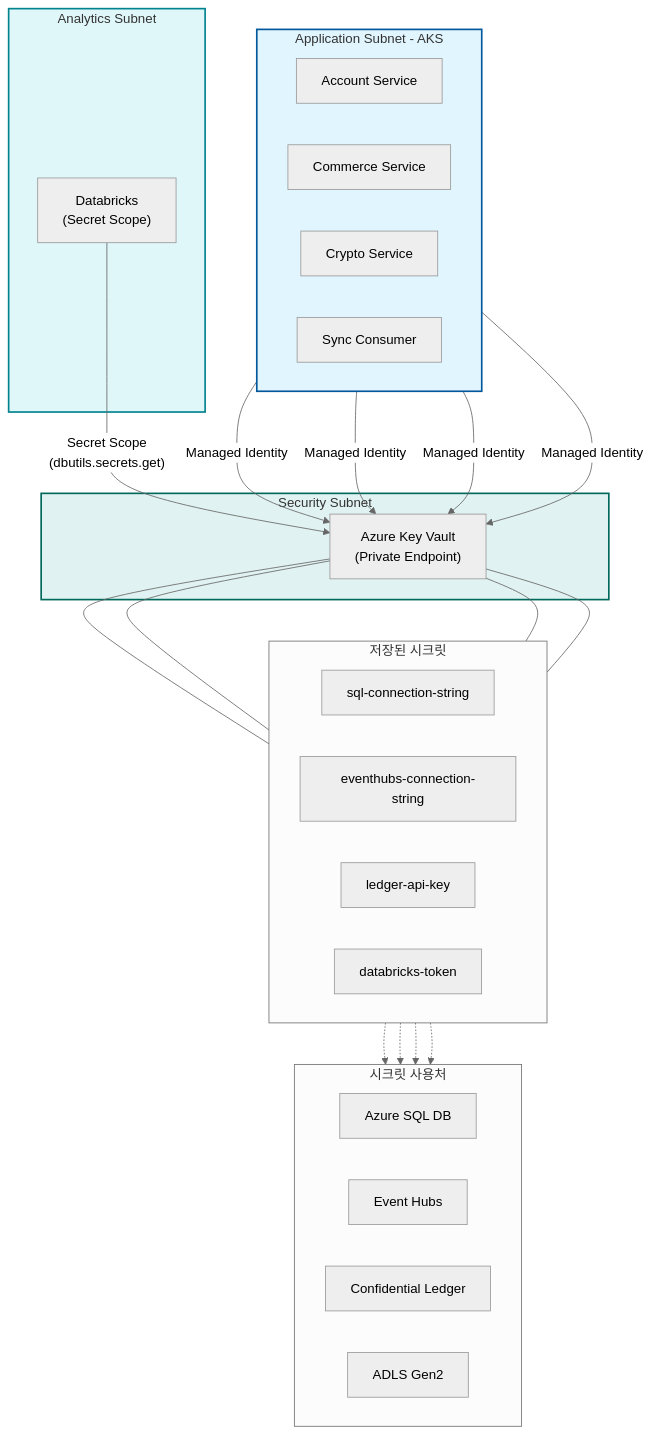
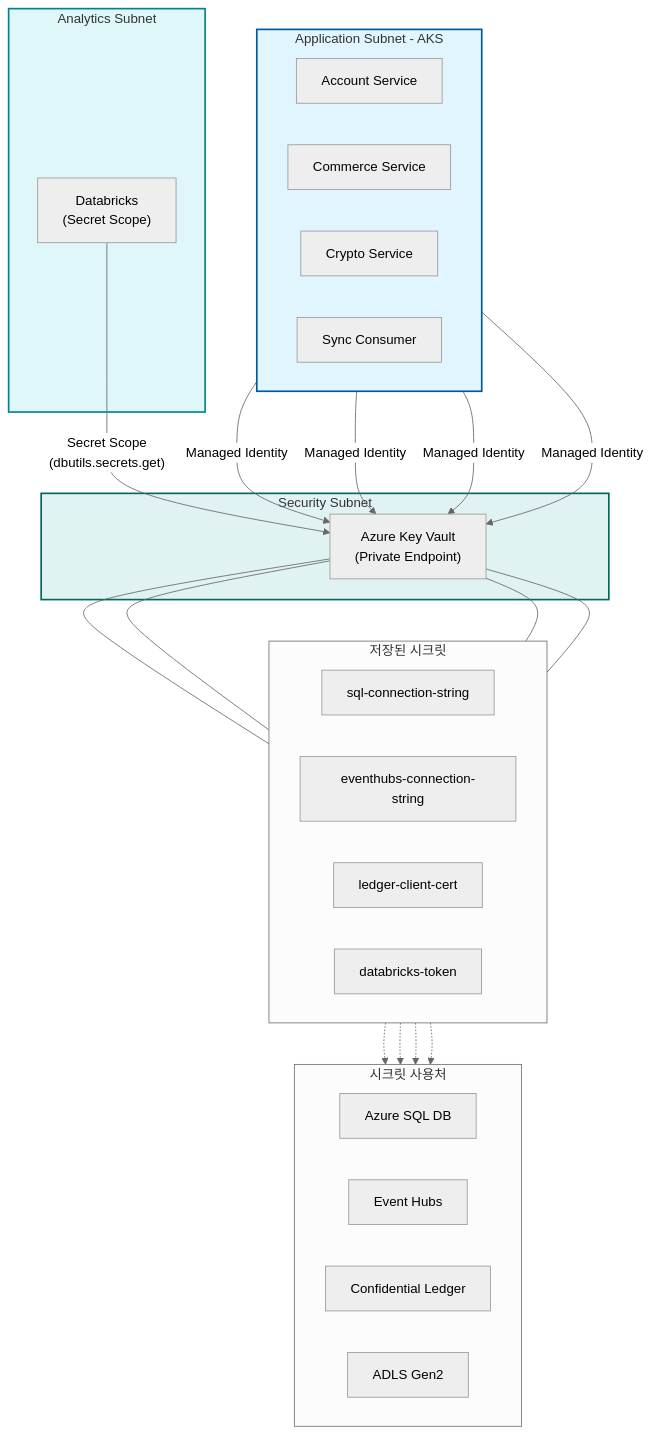
Before and after one commit to Naver-Dunamu-Merge-TF/NSC-infra: diagram 11 of 16 in README.md, drawn with Mermaid (neutral theme). The commit also changed other lines of this file, not shown here.

````diff
--- a/README.md
+++ b/README.md
@@ -1192,51 +1192,51 @@
 ```mermaid
 flowchart TB
     subgraph AppSubnet["Application Subnet - AKS"]
         direction LR
         AccSvc["Account Service"]
         ComSvc["Commerce Service"]
         CrySvc["Crypto Service"]
         SyncCon["Sync Consumer"]
     end
 
     subgraph AnalyticsSubnet["Analytics Subnet"]
         Databricks["Databricks\n(Secret Scope)"]
     end
 
     subgraph SecSubnet["Security Subnet"]
         KV["Azure Key Vault\n(Private Endpoint)"]
     end
 
     subgraph Secrets["저장된 시크릿"]
         direction LR
         S1["sql-connection-string"]
         S2["eventhubs-connection-string"]
-        S3["ledger-api-key"]
+        S3["ledger-client-cert"]
         S4["databricks-token"]
     end
 
     subgraph Targets["시크릿 사용처"]
         direction LR
         SQLDB["Azure SQL DB"]
         EH["Event Hubs"]
         Ledger["Confidential Ledger"]
         ADLS["ADLS Gen2"]
     end
 
     AccSvc -->|"Managed Identity"| KV
     ComSvc -->|"Managed Identity"| KV
     CrySvc -->|"Managed Identity"| KV
     SyncCon -->|"Managed Identity"| KV
     Databricks -->|"Secret Scope\n(dbutils.secrets.get)"| KV
 
     KV --- S1 & S2 & S3 & S4
 
     S1 -.-> SQLDB
     S2 -.-> EH
     S3 -.-> Ledger
     S4 -.-> ADLS
 
     style AppSubnet fill:#e1f5fe,stroke:#01579b,stroke-width:2px
     style AnalyticsSubnet fill:#e0f7fa,stroke:#00838f,stroke-width:2px
     style SecSubnet fill:#e0f2f1,stroke:#00695c,stroke-width:2px
 ```
````
